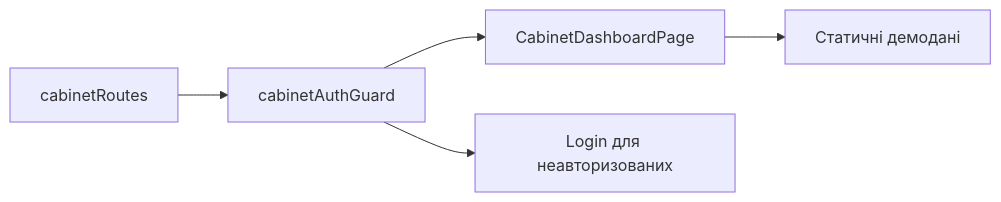
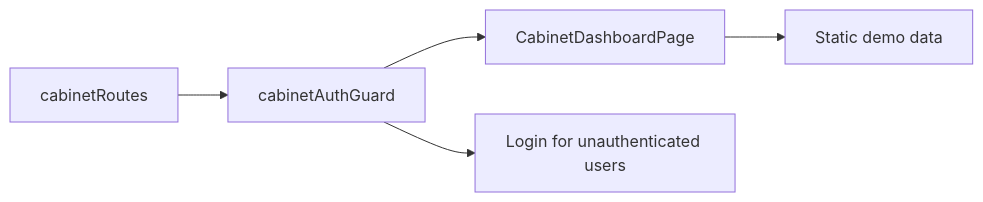
The diagram in docs/features/storefront/account/cabinet.md (Weretik/kedr-web), drawn with Mermaid before and after one commit. The commit also changed other lines of this file and 95 other files, not shown here.

Commit message:
docs(frontend): reconcile architecture and feature guidance

````diff
--- a/docs/features/storefront/account/cabinet.md
+++ b/docs/features/storefront/account/cabinet.md
@@ -10,7 +10,7 @@
 ```mermaid
 flowchart LR
 Route["cabinetRoutes"] --> Guard["cabinetAuthGuard"]
 Guard --> Page["CabinetDashboardPage"]
-Guard --> Login["Login для неавторизованих"]
-Page --> Static["Статичні демодані"]
+Guard --> Login["Login for unauthenticated users"]
+Page --> Static["Static demo data"]
 ```
````
